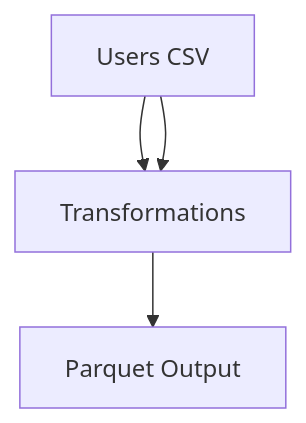
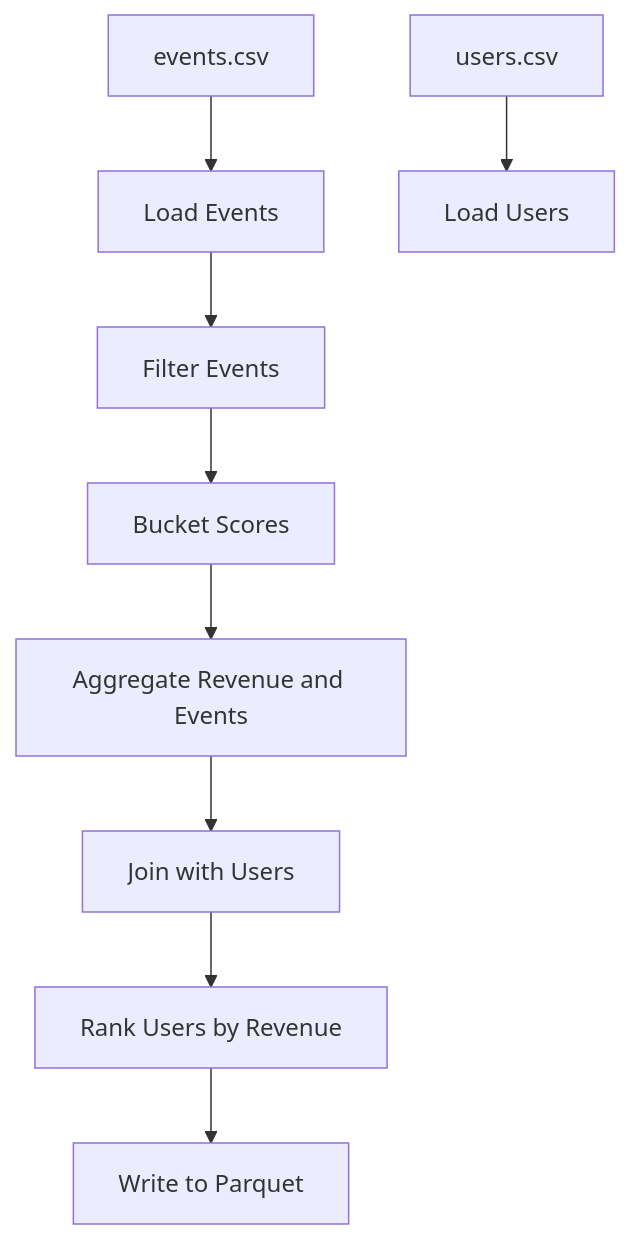
Before and after one commit to ravitejh99/test: the second of 2 diagrams in Code_Documents/UserMetricsJob_Documentation.md, drawn with Mermaid. The commit also changed other lines of this file, not shown here.

````diff
--- a/Code_Documents/UserMetricsJob_Documentation.md
+++ b/Code_Documents/UserMetricsJob_Documentation.md
@@ -78,6 +80,11 @@
 ```mermaid
 graph TD
-    A[Events CSV] --> B[Transformations]
-    A[Users CSV] --> B[Transformations]
-    B --> C[Parquet Output]
+    A[events.csv] --> B[Load Events]
+    C[users.csv] --> D[Load Users]
+    B --> E[Filter Events]
+    E --> F[Bucket Scores]
+    F --> G[Aggregate Revenue and Events]
+    G --> H[Join with Users]
+    H --> I[Rank Users by Revenue]
+    I --> J[Write to Parquet]
 ```
````
